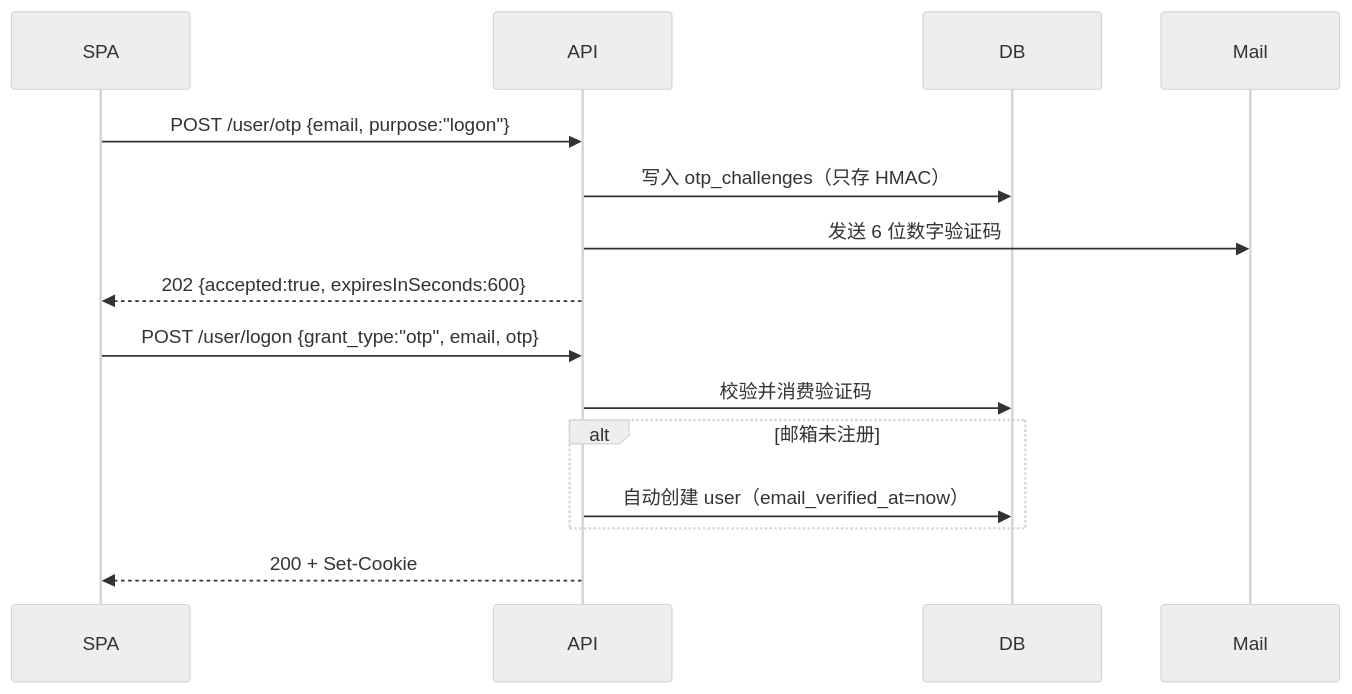
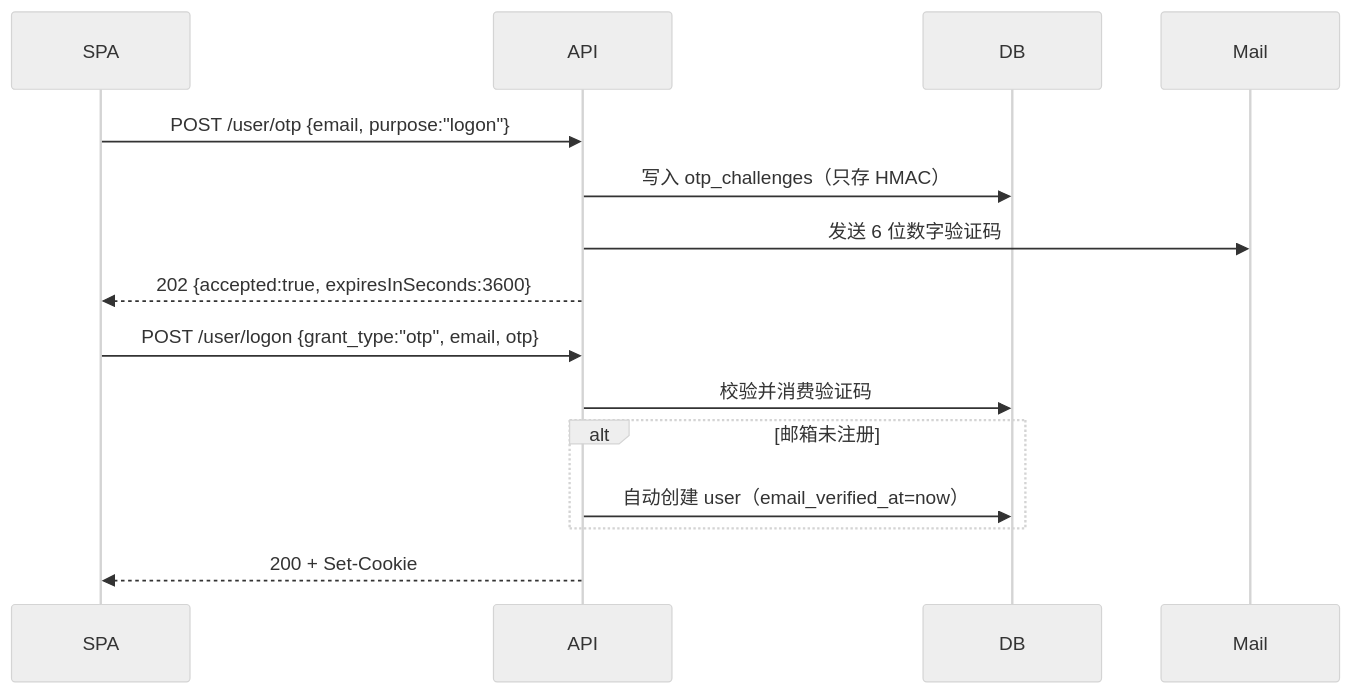
One commit to colorlesswind/summer-camp changed the second of 3 diagrams in server/README.md. Above: the diagram before and after it, drawn with Mermaid (neutral theme). The commit also changed other lines of this file and 55 other files, not shown here.

````diff
--- a/server/README.md
+++ b/server/README.md
@@ -172,19 +172,19 @@
 ```mermaid
 sequenceDiagram
   participant SPA
   participant API
   participant DB
   participant Mail
 
   SPA->>API: POST /user/otp {email, purpose:"logon"}
   API->>DB: 写入 otp_challenges（只存 HMAC）
   API->>Mail: 发送 6 位数字验证码
-  API-->>SPA: 202 {accepted:true, expiresInSeconds:600}
+  API-->>SPA: 202 {accepted:true, expiresInSeconds:3600}
 
   SPA->>API: POST /user/logon {grant_type:"otp", email, otp}
   API->>DB: 校验并消费验证码
   alt 邮箱未注册
     API->>DB: 自动创建 user（email_verified_at=now）
   end
   API-->>SPA: 200 + Set-Cookie
 ```
````
